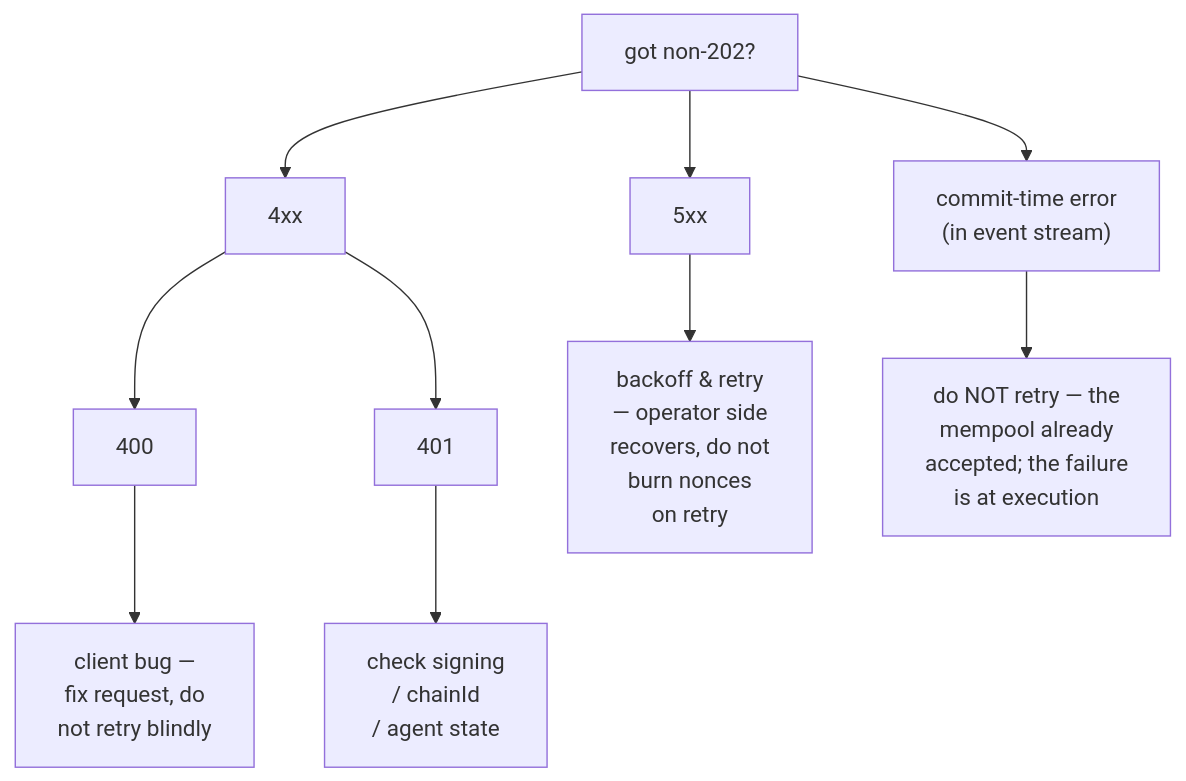
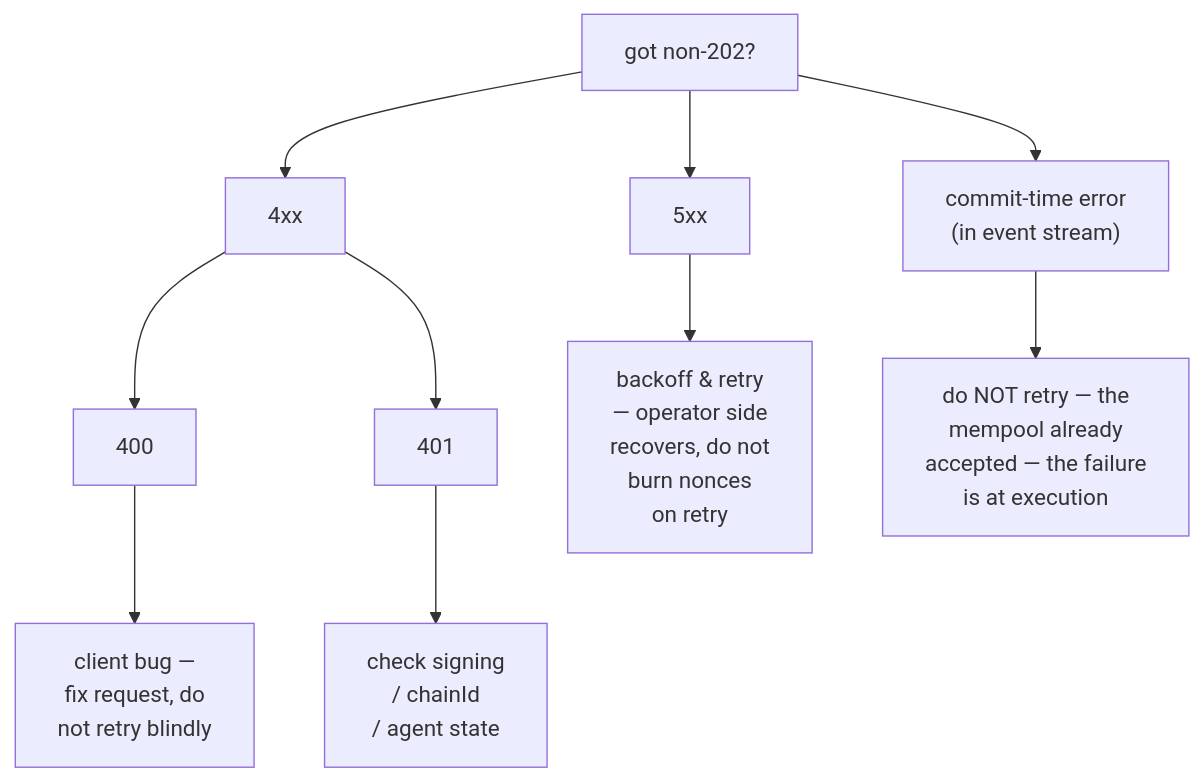
The diagram in docs/api/errors.md (mtf-exchange/metaflux-knowledges), drawn with Mermaid before and after one commit. The commit also changed 176 other files, not shown here.

First line of the commit message:
docs: split info by product, fix mermaid, drop sprint/diff wording, faster builds

````diff
--- a/docs/api/errors.md
+++ b/docs/api/errors.md
@@ -141,17 +141,17 @@
 ```mermaid
 flowchart TD
     Q["got non-202?"]
     Q --> C4["4xx"]
     Q --> C5["5xx"]
     Q --> CT["commit-time error<br/>(in event stream)"]
 
     C4 --> E400["400"]
     C4 --> E401["401"]
 
     E400 --> B400["client bug —<br/>fix request, do<br/>not retry blindly"]
     E401 --> B401["check signing<br/>/ chainId<br/>/ agent state"]
 
     C5 --> B5["backoff & retry<br/>— operator side<br/>recovers, do not<br/>burn nonces<br/>on retry"]
 
-    CT --> BCT["do NOT retry — the<br/>mempool already<br/>accepted; the failure<br/>is at execution"]
+    CT --> BCT["do NOT retry — the<br/>mempool already<br/>accepted — the failure<br/>is at execution"]
 ```
````
